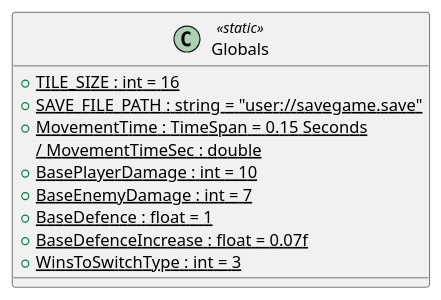
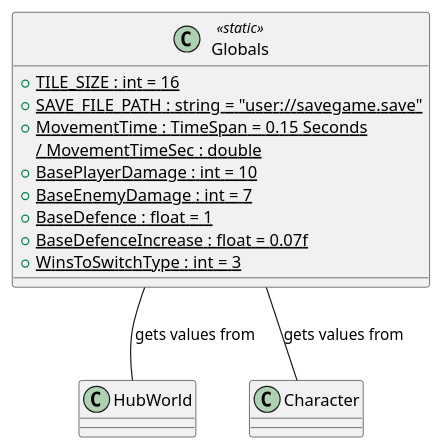
One commit to Leximon-SWE-2025/Leximon changed the diagram in PlantUML/scenes/Globals.puml. Above: the diagram before and after it, drawn with PlantUML. The commit also changed 10 other files, not shown here.

Commit message:
update uml

```diff
--- a/PlantUML/scenes/Globals.puml
+++ b/PlantUML/scenes/Globals.puml
@@ -1,13 +1,16 @@
 @startuml Globals
 class Globals <<static>> {
     + {static} TILE_SIZE : int = 16
     + {static} SAVE_FILE_PATH : string = "user://savegame.save"
     + {static} MovementTime : TimeSpan = 0.15 Seconds
     / {static} MovementTimeSec : double 
     + {static} BasePlayerDamage : int = 10
     + {static} BaseEnemyDamage : int = 7
     + {static} BaseDefence : float = 1
     + {static} BaseDefenceIncrease : float = 0.07f
     + {static} WinsToSwitchType : int = 3
 }
+
+Globals -- HubWorld: gets values from
+Globals -- Character: gets values from
 @enduml
```
